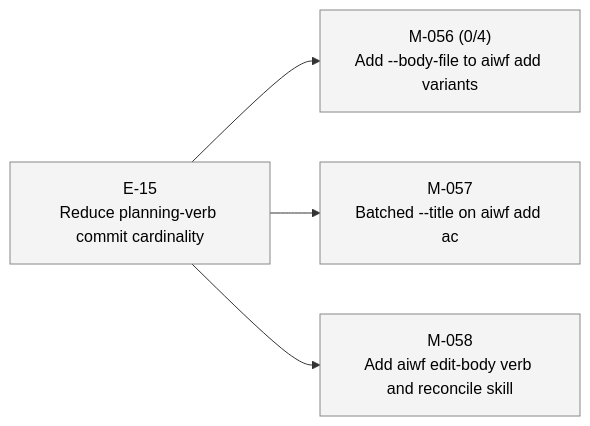
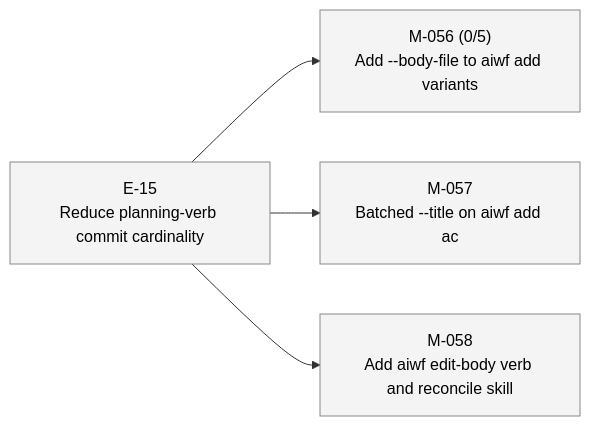
One commit to 23min/aiwf changed the third of 3 diagrams in STATUS.md. Above: the diagram before and after it, drawn with Mermaid. The commit also changed other lines of this file and 1 other file, not shown here.

First line of the commit message:
aiwf add ac M-056/AC-5 "Subprocess integration test exercises --body-file path"

````diff
--- a/STATUS.md
+++ b/STATUS.md
@@ -69,16 +69,16 @@
 ```mermaid
 flowchart LR
   E_15["E-15<br/>Reduce planning-verb commit cardinality"]:::epic_proposed
-  M_056["M-056 (0/4)<br/>Add --body-file to aiwf add variants"]:::ms_draft
+  M_056["M-056 (0/5)<br/>Add --body-file to aiwf add variants"]:::ms_draft
   E_15 --> M_056
   M_057["M-057<br/>Batched --title on aiwf add ac"]:::ms_draft
   E_15 --> M_057
   M_058["M-058<br/>Add aiwf edit-body verb and reconcile skill"]:::ms_draft
   E_15 --> M_058
   classDef epic_active fill:#d6eaff,stroke:#1a73e8,color:#000
   classDef epic_proposed fill:#f4f4f4,stroke:#888,color:#000
   classDef ms_done fill:#d8f5d8,stroke:#2a8a2a,color:#000
   classDef ms_in_progress fill:#fff3c4,stroke:#caa400,color:#000
   classDef ms_draft fill:#f4f4f4,stroke:#888,color:#000
   classDef ms_cancelled fill:#fbeaea,stroke:#c33,color:#000
 ```
````
